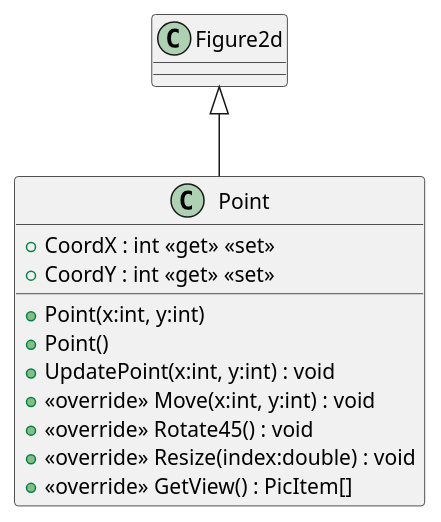
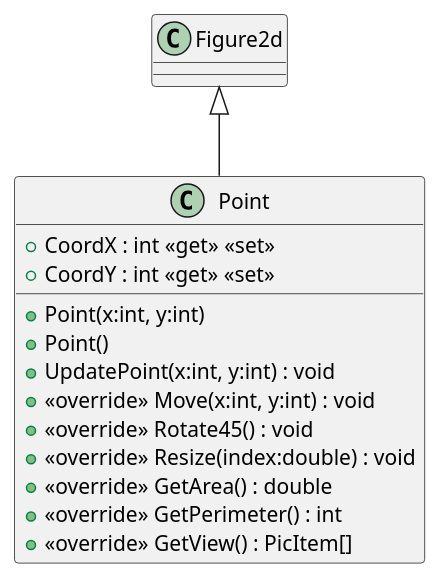
Before and after one commit to 19vano97/levelUpOOP: the diagram in plantuml/20240701_HW_Inheritence/Point.puml, drawn with PlantUML. The commit also changed 30 other files, not shown here.

Commit message:
fix galaga to fraw a class diagram

```diff
--- a/plantuml/20240701_HW_Inheritence/Point.puml
+++ b/plantuml/20240701_HW_Inheritence/Point.puml
@@ -1,14 +1,16 @@
 @startuml
 class Point {
     + Point(x:int, y:int)
     + Point()
     + CoordX : int <<get>> <<set>>
     + CoordY : int <<get>> <<set>>
     + UpdatePoint(x:int, y:int) : void
     + <<override>> Move(x:int, y:int) : void
     + <<override>> Rotate45() : void
     + <<override>> Resize(index:double) : void
+    + <<override>> GetArea() : double
+    + <<override>> GetPerimeter() : int
     + <<override>> GetView() : PicItem[]
 }
 Figure2d <|-- Point
 @enduml
```
